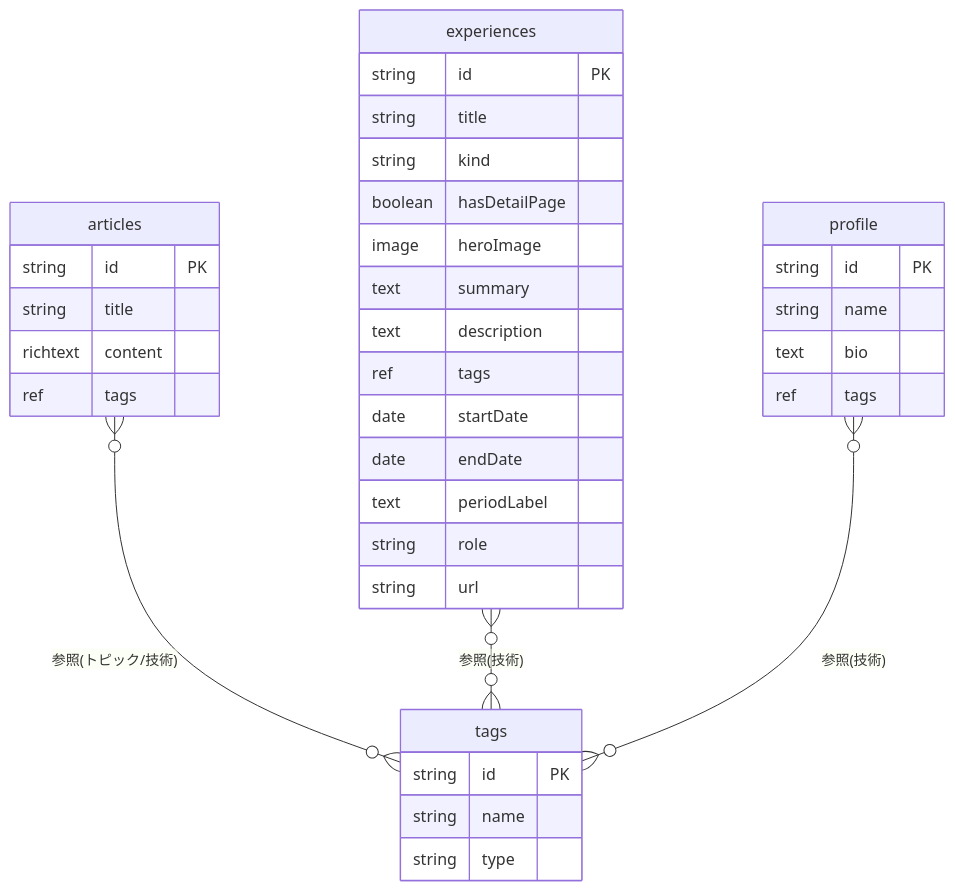
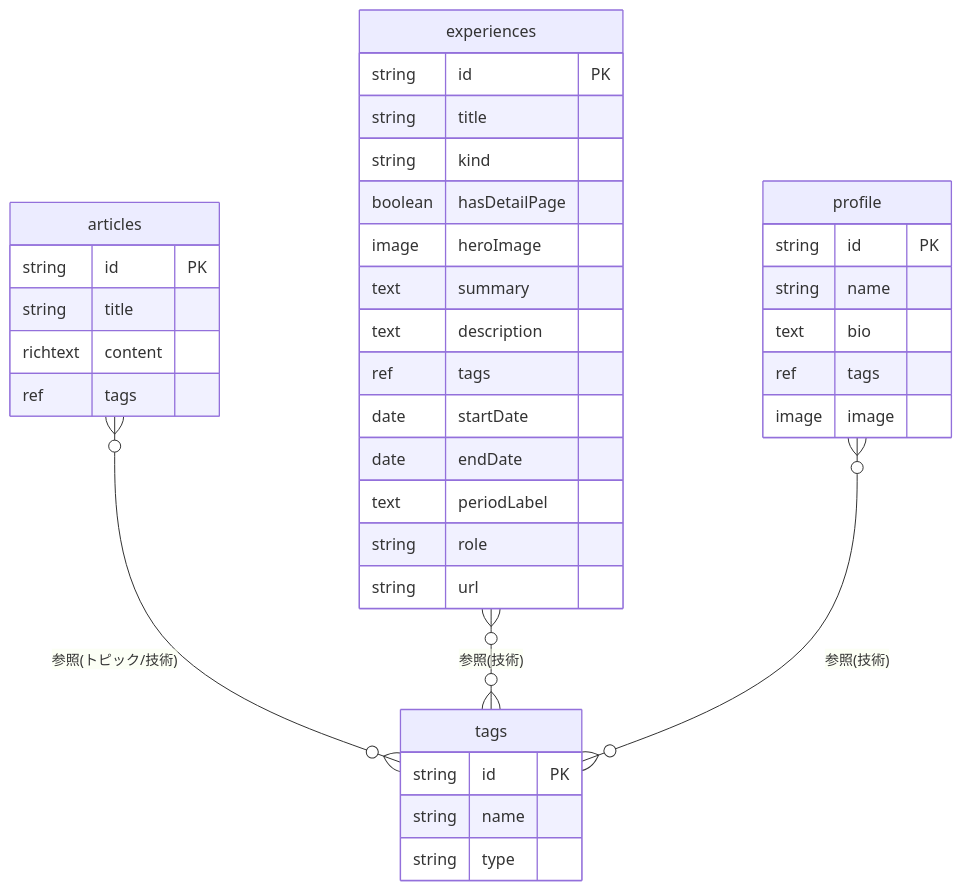
Before and after one commit to monarizzz/blog_microCMS_pages: the diagram in docs/architecture/data-model.md, drawn with Mermaid. The commit also changed other lines of this file and 1 other file, not shown here.

First line of the commit message:
feat profile スキーマとデータモデル文書に任意の画像フィールド image を追加

````diff
--- a/docs/architecture/data-model.md
+++ b/docs/architecture/data-model.md
@@ -54,42 +54,43 @@
 ```mermaid
 erDiagram
     articles     }o--o{ tags : "参照(トピック/技術)"
     experiences  }o--o{ tags : "参照(技術)"
     profile      }o--o{ tags : "参照(技術)"
 
     articles {
         string   id PK
         string   title
         richtext content
         ref      tags
     }
 
     tags {
         string id PK
         string name
         string type
     }
 
     experiences {
         string   id PK
         string   title
         string   kind
         boolean  hasDetailPage
         image    heroImage
         text     summary
         text     description
         ref      tags
         date     startDate
         date     endDate
         text     periodLabel
         string   role
         string   url
     }
 
     profile {
         string id PK
         string name
         text   bio
         ref    tags
+        image  image
     }
 ```
````
